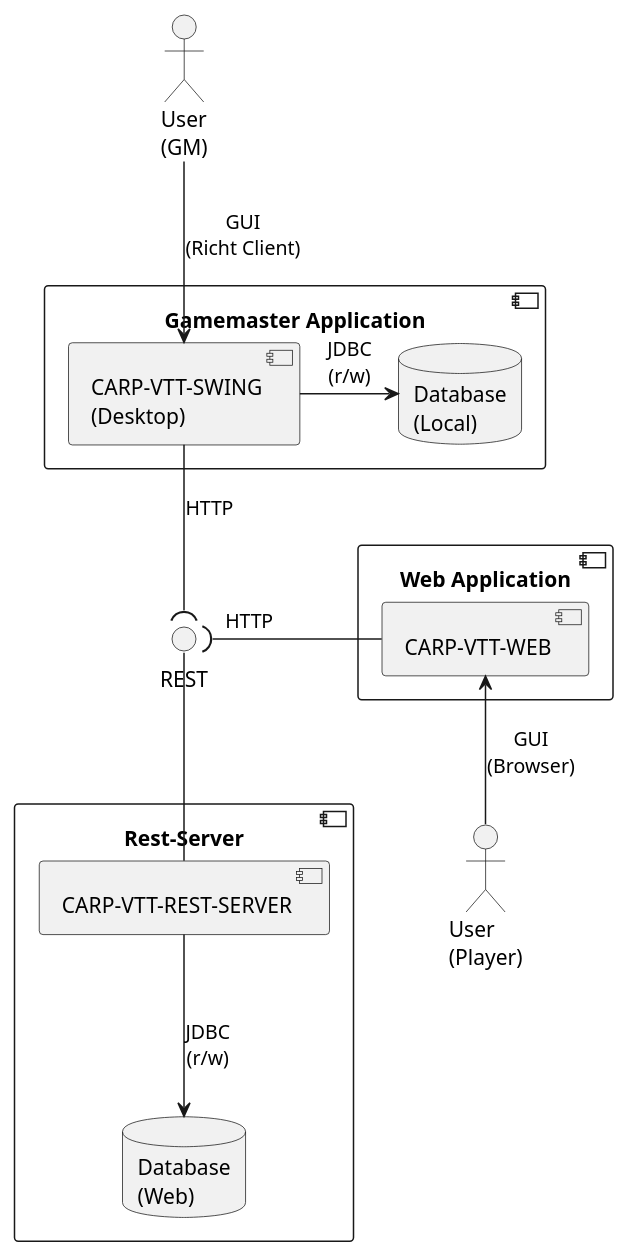
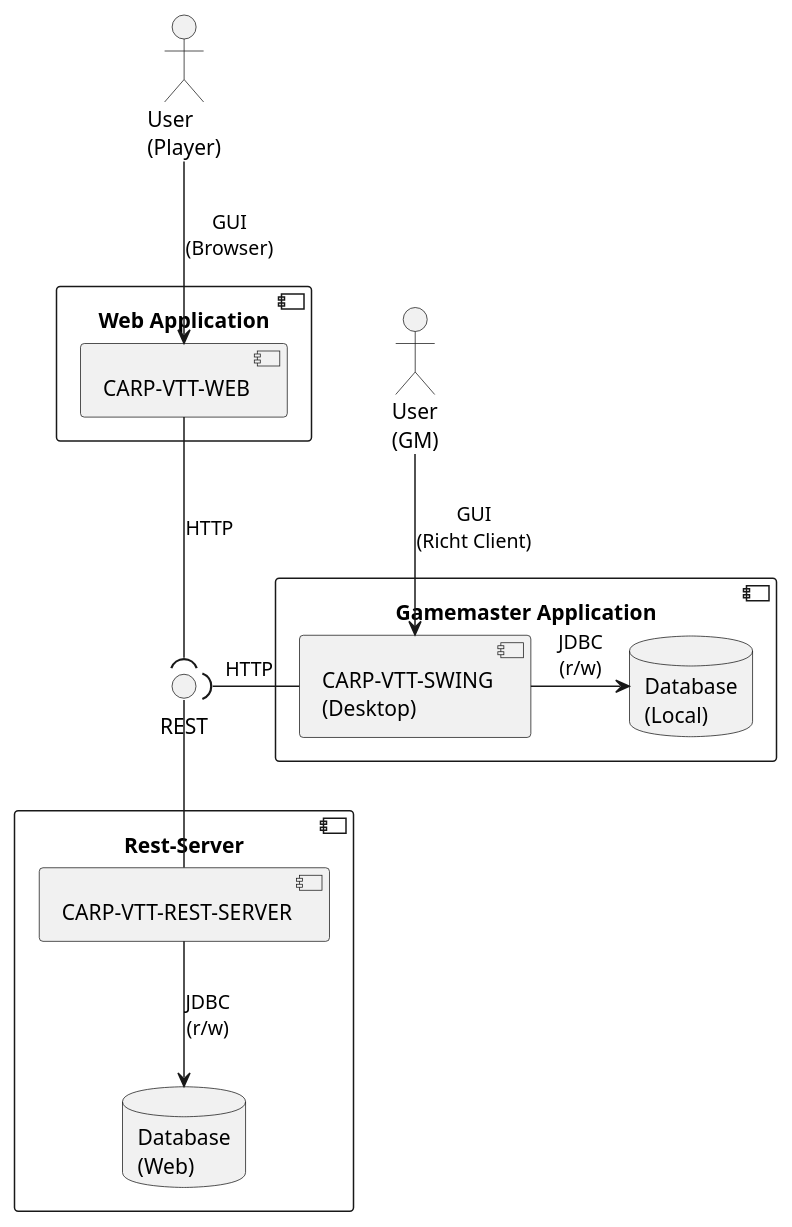
Before and after one commit to greifentor/carp-vtt: the diagram in docs/architecture/component-diagram-level-01.puml, drawn with PlantUML. The commit also changed 19 other files, not shown here.

```diff
--- a/docs/architecture/component-diagram-level-01.puml
+++ b/docs/architecture/component-diagram-level-01.puml
@@ -1,46 +1,46 @@
 @startuml
 
 
 actor GAMEMASTER as "User\n(GM)"
 actor PLAYER as "User\n(Player)"
 
 component DesktopGM as "Gamemaster Application" {
 
     component DTGM as "CARP-VTT-SWING\n(Desktop)"
 
     database DBLC as "Database\n(Local)"
 
     DTGM -R-> DBLC : "JDBC\n(r/w)"
 
 }
 
 interface WSREST as "REST"
 
 component Rest as "Rest-Server" {
 
     component WS as "CARP-VTT-REST-SERVER"
 
     database DBWB as "Database\n(Web)"
 
     WS -D-> DBWB : "JDBC\n(r/w)"
 
     WS -U- WSREST
 
 }
 
-component DesktopPlayer as "Web Application" {
+component WebService as "Web Application" {
 
     component CVW as "CARP-VTT-WEB"
 
 }
 
 GAMEMASTER --> DTGM : "GUI\n(Richt Client)"
 
-PLAYER -U-> CVW : "GUI\n(Browser)"
+PLAYER --> CVW : "GUI\n(Browser)"
 
-CVW -L-( WSREST : "HTTP                "
+CVW -D-( WSREST : "HTTP"
 
-DTGM -D-( WSREST : "HTTP"
+DTGM -L-( WSREST : "HTTP"
 
 
 @enduml
```
